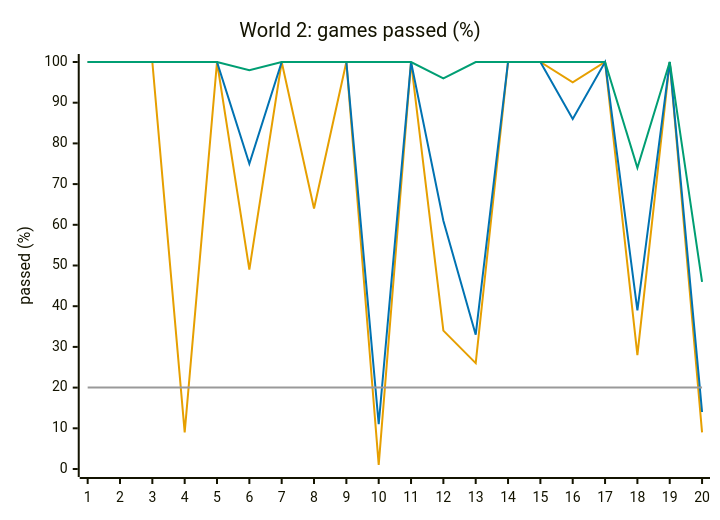
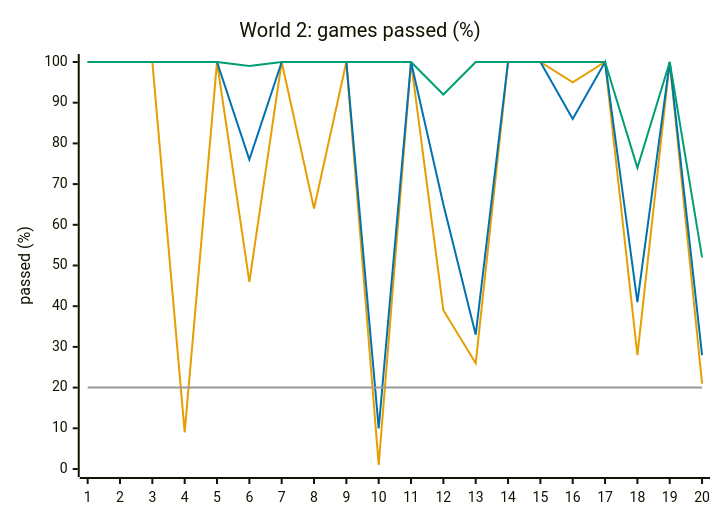
The third of 8 diagrams in docs/design/difficulty.md (Pavelya/dots), drawn with Mermaid before and after one commit. The commit also changed other lines of this file and 10 other files, not shown here.

````diff
--- a/docs/design/difficulty.md
+++ b/docs/design/difficulty.md
@@ -185,11 +197,11 @@
 ```mermaid
 %%{init: {"themeVariables": {"xyChart": {"plotColorPalette": "#E69F00, #0072B2, #009E73, #999999"}}}}%%
 xychart-beta
     title "World 2: games passed (%)"
     x-axis ["1", "2", "3", "4", "5", "6", "7", "8", "9", "10", "11", "12", "13", "14", "15", "16", "17", "18", "19", "20"]
     y-axis "passed (%)" 0 --> 100
-    line [100, 100, 100, 9, 100, 49, 100, 64, 100, 1, 100, 34, 26, 100, 100, 95, 100, 28, 100, 9]
-    line [100, 100, 100, 100, 100, 75, 100, 100, 100, 11, 100, 61, 33, 100, 100, 86, 100, 39, 100, 14]
-    line [100, 100, 100, 100, 100, 98, 100, 100, 100, 100, 100, 96, 100, 100, 100, 100, 100, 74, 100, 46]
+    line [100, 100, 100, 9, 100, 46, 100, 64, 100, 1, 100, 39, 26, 100, 100, 95, 100, 28, 100, 21]
+    line [100, 100, 100, 100, 100, 76, 100, 100, 100, 10, 100, 65, 33, 100, 100, 86, 100, 41, 100, 28]
+    line [100, 100, 100, 100, 100, 99, 100, 100, 100, 100, 100, 92, 100, 100, 100, 100, 100, 74, 100, 52]
     line [20, 20, 20, 20, 20, 20, 20, 20, 20, 20, 20, 20, 20, 20, 20, 20, 20, 20, 20, 20]
 ```
````
